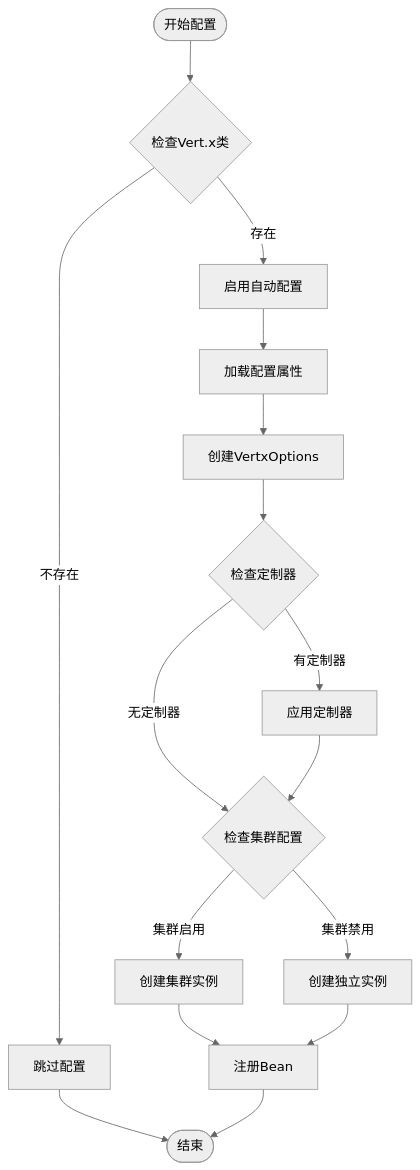
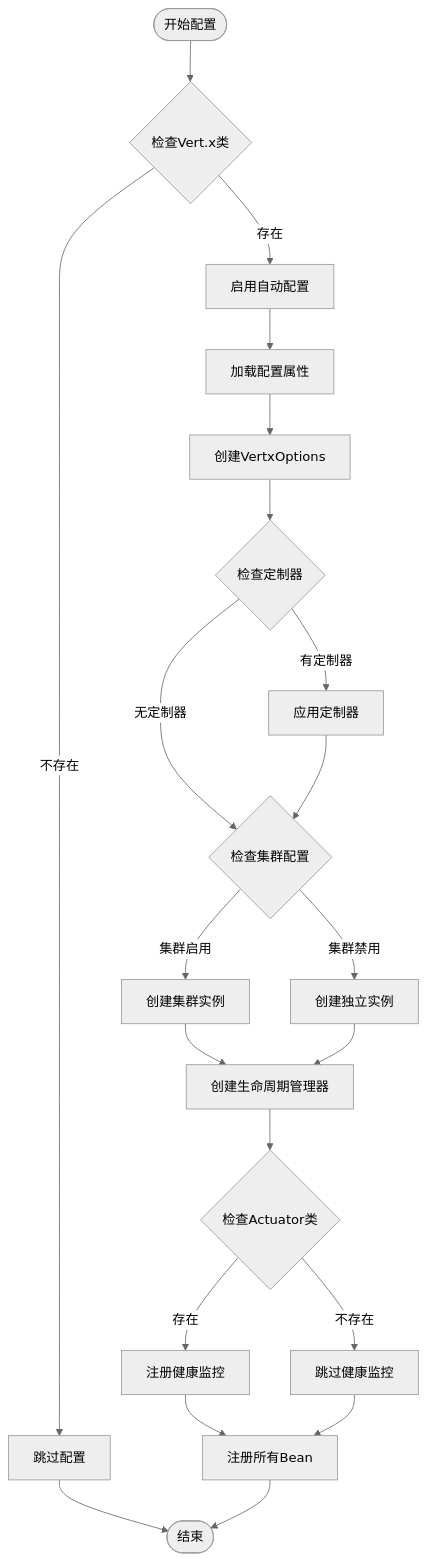
One commit to ossworker/vertx-starter changed the fourth of 9 diagrams in .qoder/repowiki/zh/content/核心配置模块/核心配置模块.md. Above: the diagram before and after it, drawn with Mermaid (neutral theme). The commit also changed other lines of this file and 7 other files, not shown here.

````diff
--- a/.qoder/repowiki/zh/content/核心配置模块/核心配置模块.md
+++ b/.qoder/repowiki/zh/content/核心配置模块/核心配置模块.md
@@ -234,18 +294,23 @@
 ```mermaid
 flowchart TD
 Start([开始配置]) --> CheckVertx{"检查Vert.x类"}
 CheckVertx --> |存在| EnableAutoConfig["启用自动配置"]
 CheckVertx --> |不存在| SkipConfig["跳过配置"]
 EnableAutoConfig --> LoadProps["加载配置属性"]
 LoadProps --> CreateOptions["创建VertxOptions"]
 CreateOptions --> CheckCustomizers{"检查定制器"}
 CheckCustomizers --> |有定制器| ApplyCustomizers["应用定制器"]
 CheckCustomizers --> |无定制器| CheckCluster{"检查集群配置"}
 ApplyCustomizers --> CheckCluster
 CheckCluster --> |集群启用| CreateClustered["创建集群实例"]
 CheckCluster --> |集群禁用| CreateStandalone["创建独立实例"]
-CreateClustered --> RegisterBeans["注册Bean"]
-CreateStandalone --> RegisterBeans
+CreateClustered --> CreateLifecycle["创建生命周期管理器"]
+CreateStandalone --> CreateLifecycle
+CreateLifecycle --> CreateHealth{"检查Actuator类"}
+CreateHealth --> |存在| RegisterHealth["注册健康监控"]
+CreateHealth --> |不存在| SkipHealth["跳过健康监控"]
+RegisterHealth --> RegisterBeans["注册所有Bean"]
+SkipHealth --> RegisterBeans
 SkipConfig --> End([结束])
 RegisterBeans --> End
 ```
````
